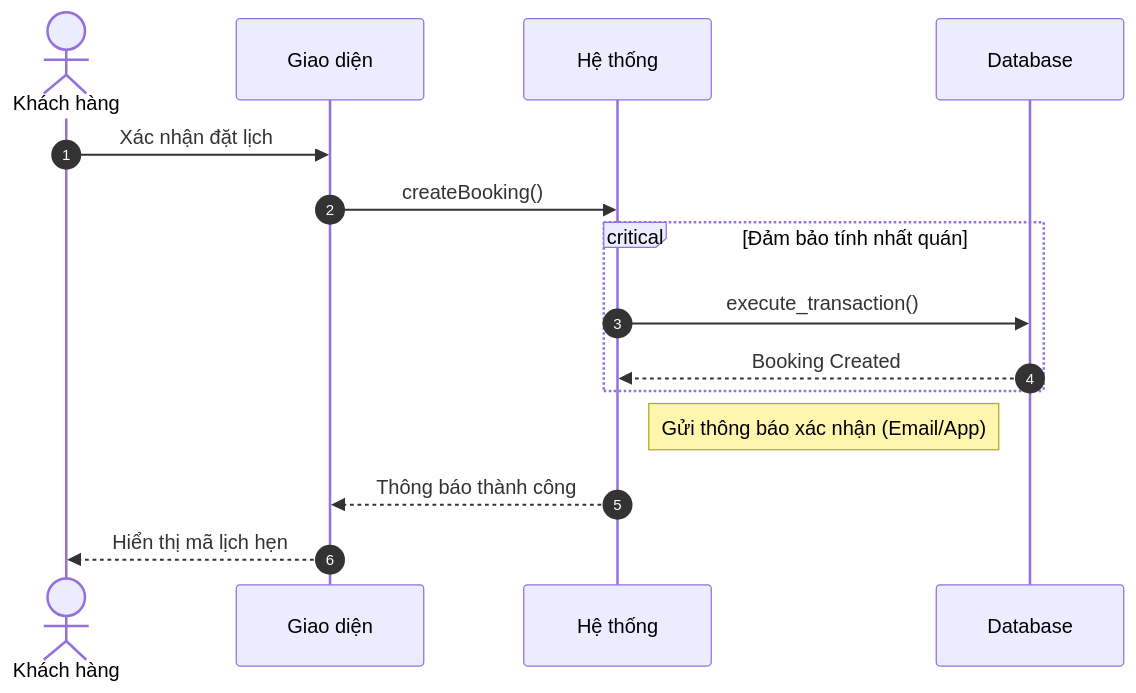
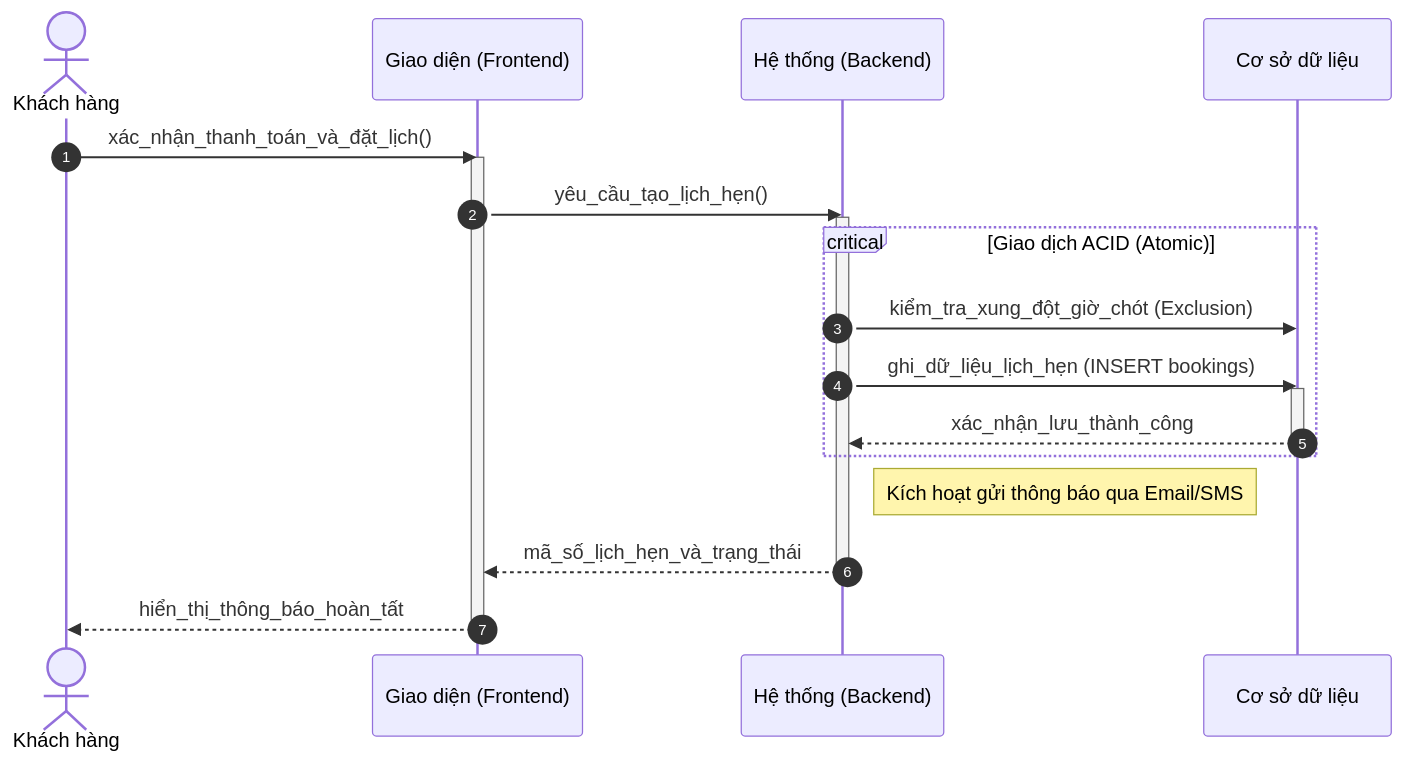
The second of 4 diagrams in docs/design/sequences_simplified/customer_flows.md (ngoctinn/Synapse), drawn with Mermaid before and after one commit. The commit also changed other lines of this file and 4 other files, not shown here.

Commit message:
docs: Add simplified sequence diagrams for receptionist, technician, admin, customer, and authentication flows.

````diff
--- a/docs/design/sequences_simplified/customer_flows.md
+++ b/docs/design/sequences_simplified/customer_flows.md
@@ -46,21 +39,28 @@
 ```mermaid
 sequenceDiagram
     autonumber
     actor KH as Khách hàng
-    participant UI as Giao diện
-    participant HT as Hệ thống
-    participant DB as Database
+    participant FE as Giao diện (Frontend)
+    participant BE as Hệ thống (Backend)
+    participant DB as Cơ sở dữ liệu
 
-    KH->>UI: Xác nhận đặt lịch
-    UI->>HT: createBooking()
+    KH->>FE: xác_nhận_thanh_toán_và_đặt_lịch()
+    activate FE
+    FE->>BE: yêu_cầu_tạo_lịch_hẹn()
+    activate BE
 
-    critical Đảm bảo tính nhất quán
-        HT->>DB: execute_transaction()
-        DB-->>HT: Booking Created
+    critical Giao dịch ACID (Atomic)
+        BE->>DB: kiểm_tra_xung_đột_giờ_chót (Exclusion)
+        BE->>DB: ghi_dữ_liệu_lịch_hẹn (INSERT bookings)
+        activate DB
+        DB-->>BE: xác_nhận_lưu_thành_công
+        deactivate DB
     end
 
-    Note right of HT: Gửi thông báo xác nhận (Email/App)
+    Note right of BE: Kích hoạt gửi thông báo qua Email/SMS
 
-    HT-->>UI: Thông báo thành công
-    UI-->>KH: Hiển thị mã lịch hẹn
+    BE-->>FE: mã_số_lịch_hẹn_và_trạng_thái
+    deactivate BE
+    FE-->>KH: hiển_thị_thông_báo_hoàn_tất
+    deactivate FE
 ```
````
